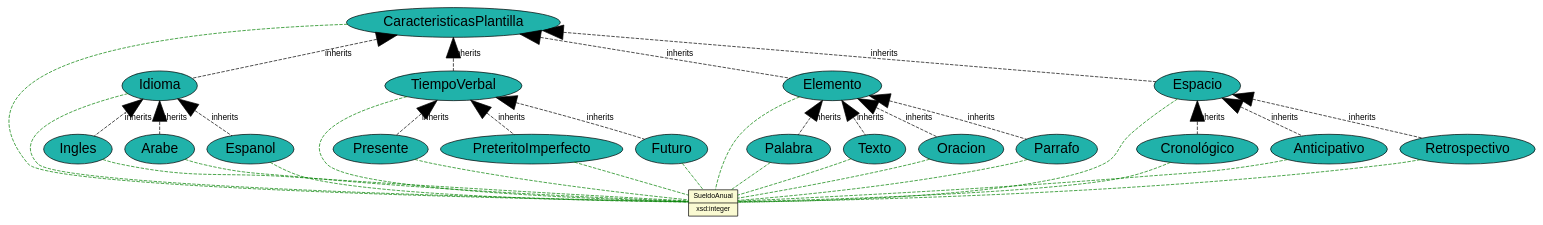
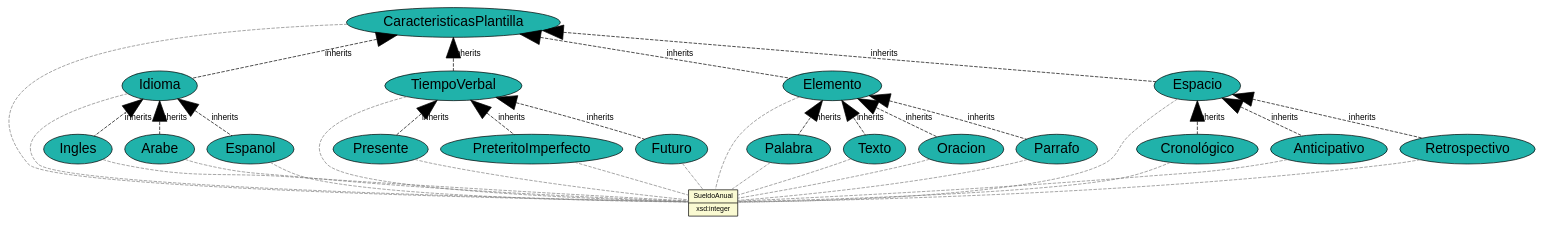
Before and after one commit to JuanCasado/Lenguajes: the diagram in Output/csv_dot1_characteristics.dot, drawn with Graphviz. The commit also changed 8 other files, not shown here.

```diff
--- a/Output/csv_dot1_characteristics.dot
+++ b/Output/csv_dot1_characteristics.dot
@@ -1,91 +1,90 @@
 graph characteristics{
 	//Defecto
 	node [fontname="Arial"];
 	edge [fontname="Arial",fontsize=12];
 
 	//PROPERTIES
 	  node [shape="record",style="filled",fillcolor="lightgoldenrodyellow",fontsize="10"]
 	
 	property_SueldoAnual [label="{SueldoAnual|xsd:integer}"];
 
 	//CLASES
 	node [shape="ellipse",style="filled",fillcolor="lightseagreen",fontsize="20"]	
 	
 	class_Palabra [label="Palabra"];
 	class_Cronológico [label="Cronológico"];
 	class_Presente [label="Presente"];
 	class_Anticipativo [label="Anticipativo"];
 	class_Idioma [label="Idioma"];
 	class_TiempoVerbal [label="TiempoVerbal"];
 	class_Retrospectivo [label="Retrospectivo"];
 	class_Texto [label="Texto"];
 	class_Oracion [label="Oracion"];
 	class_Ingles [label="Ingles"];
 	class_PreteritoImperfecto [label="PreteritoImperfecto"];
 	class_Elemento [label="Elemento"];
 	class_CaracteristicasPlantilla [label="CaracteristicasPlantilla"];
 	class_Arabe [label="Arabe"];
 	class_Espanol [label="Espanol"];
 	class_Futuro [label="Futuro"];
 	class_Espacio [label="Espacio"];
 	class_Parrafo [label="Parrafo"];
 
 	//RELACIONES
 	node [shape="hexagon",style="filled",fillcolor="paleturquoise",fontsize="15"]	
 	
 
 	//CLASE -- PROPIEDAD
 
-edge[style="dashed",len="3",color="grey"]	edge[color="green", ]
-
+edge[style="dashed",len="3",color="grey"]	
 	class_CaracteristicasPlantilla -- property_SueldoAnual;
 	class_Idioma -- property_SueldoAnual
 	class_TiempoVerbal -- property_SueldoAnual
 	class_Espacio -- property_SueldoAnual
 	class_Elemento -- property_SueldoAnual
 	class_Espanol -- property_SueldoAnual
 	class_Ingles -- property_SueldoAnual
 	class_Arabe -- property_SueldoAnual
 	class_Presente -- property_SueldoAnual
 	class_Futuro -- property_SueldoAnual
 	class_PreteritoImperfecto -- property_SueldoAnual
 	class_Cronológico -- property_SueldoAnual
 	class_Retrospectivo -- property_SueldoAnual
 	class_Anticipativo -- property_SueldoAnual
 	class_Texto -- property_SueldoAnual
 	class_Parrafo -- property_SueldoAnual
 	class_Oracion -- property_SueldoAnual
 	class_Palabra -- property_SueldoAnual
 
 	//RELACION -- PROPIEDAD
 	
 
 	// uso indirecto de definición de tipos
 	edge[style="dotted",arrowhead="vee",dir="forward",arrowsize="2"];
 
 	// asociaciones a través de atributos marcadas de forma directa
 	edge[fontcolor="orangered", color="orangered", style="dashed", arrowhead="vee",dir="forward",arrowsize="2"];
 
 	// herencias
 	edge[len="5"fontcolor="black",color="black",arrowhead="normal",arrowsize="3",dir="back",]	class_CaracteristicasPlantilla -- class_Idioma [label="inherits"];
 	class_Idioma -- class_Espanol [label="inherits"];
 	class_Idioma -- class_Ingles [label="inherits"];
 	class_Idioma -- class_Arabe [label="inherits"];
 	class_CaracteristicasPlantilla -- class_TiempoVerbal [label="inherits"];
 	class_TiempoVerbal -- class_Presente [label="inherits"];
 	class_TiempoVerbal -- class_Futuro [label="inherits"];
 	class_TiempoVerbal -- class_PreteritoImperfecto [label="inherits"];
 	class_CaracteristicasPlantilla -- class_Espacio [label="inherits"];
 	class_Espacio -- class_Cronológico [label="inherits"];
 	class_Espacio -- class_Retrospectivo [label="inherits"];
 	class_Espacio -- class_Anticipativo [label="inherits"];
 	class_CaracteristicasPlantilla -- class_Elemento [label="inherits"];
 	class_Elemento -- class_Texto [label="inherits"];
 	class_Elemento -- class_Parrafo [label="inherits"];
 	class_Elemento -- class_Oracion [label="inherits"];
 	class_Elemento -- class_Palabra [label="inherits"];
 
 	// enlaces de relaciones
 	edge[len="2",penwidth="3",color="blue",fontcolor="blue",dir="forward",arrowhead="normal"]
 
 }
```
